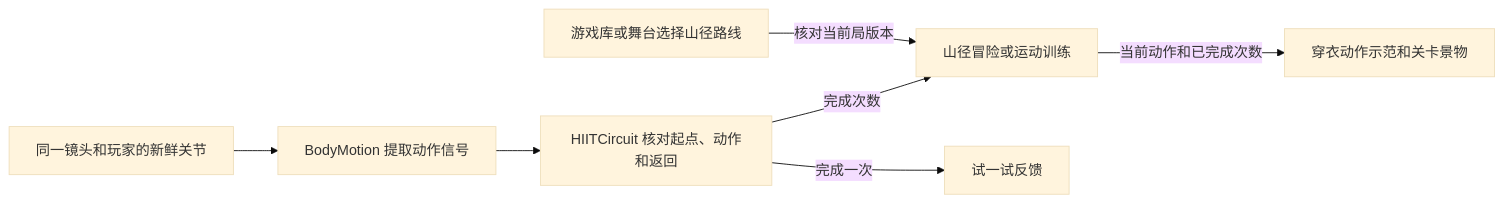
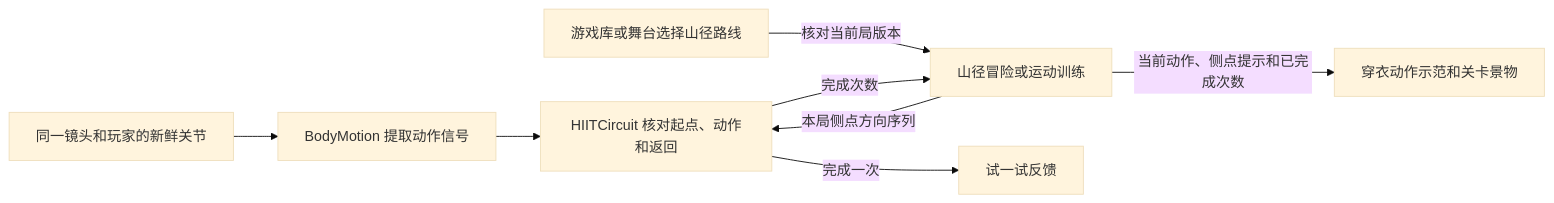
Diagram 12 of 25 in docs/architecture.md (Geeprox/Friday), drawn with Mermaid (base theme) before and after one commit. The commit also changed other lines of this file and 19 other files, not shown here.

````diff
--- a/docs/architecture.md
+++ b/docs/architecture.md
@@ -284,9 +286,10 @@
 ```mermaid
 flowchart LR
   A[同一镜头和玩家的新鲜关节] --> B[BodyMotion 提取动作信号]
   B --> C[HIITCircuit 核对起点、动作和返回]
+  G[游戏库或舞台选择山径路线] -->|核对当前局版本| D
+  D -->|本局侧点方向序列| C
   C -->|完成次数| D[山径冒险或运动训练]
   C -->|完成一次| E[试一试反馈]
-  G[游戏库或舞台选择山径路线] -->|核对当前局版本| D
-  D -->|当前动作和已完成次数| F[穿衣动作示范和关卡景物]
+  D -->|当前动作、侧点提示和已完成次数| F[穿衣动作示范和关卡景物]
 ```
````
